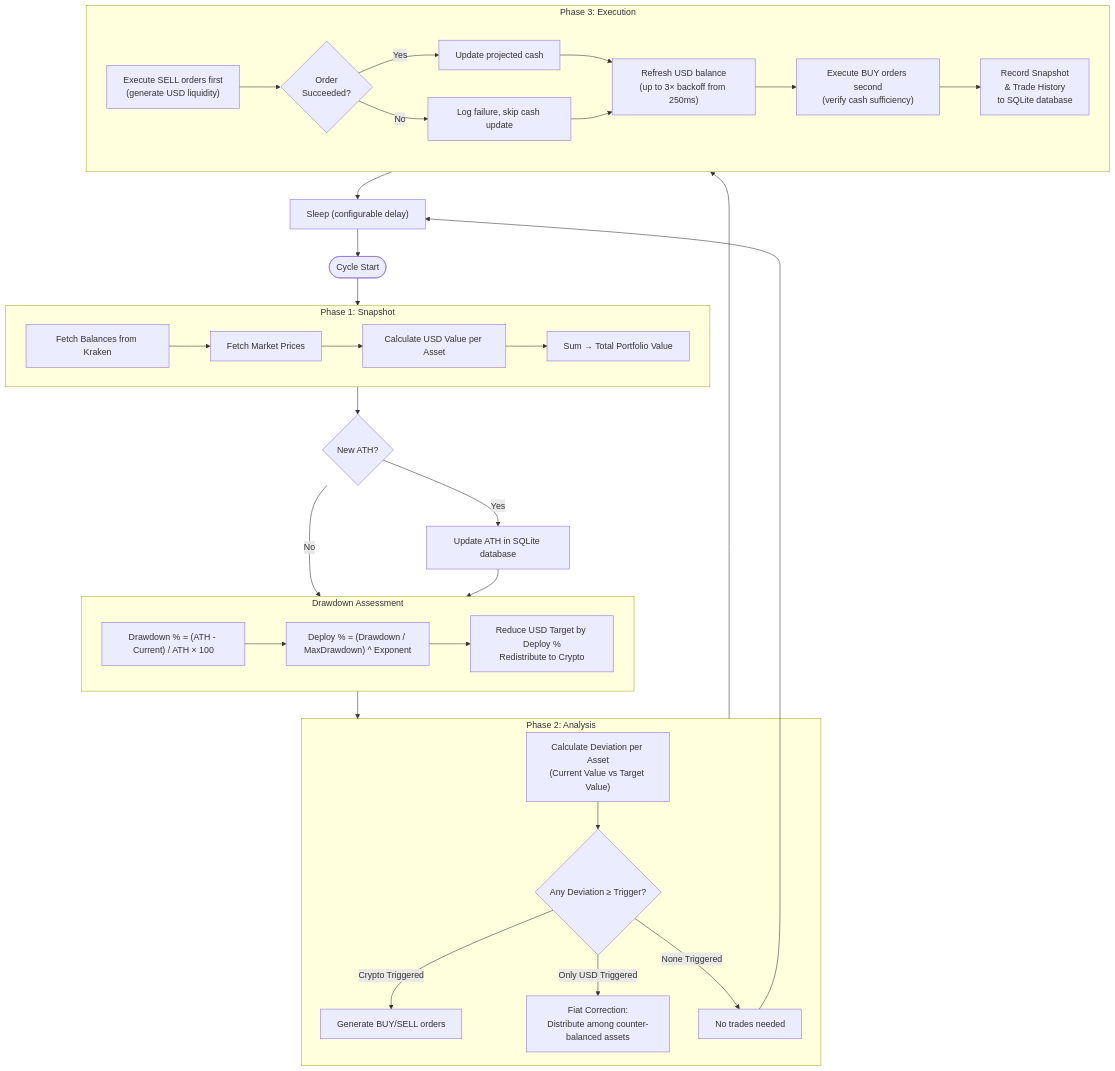
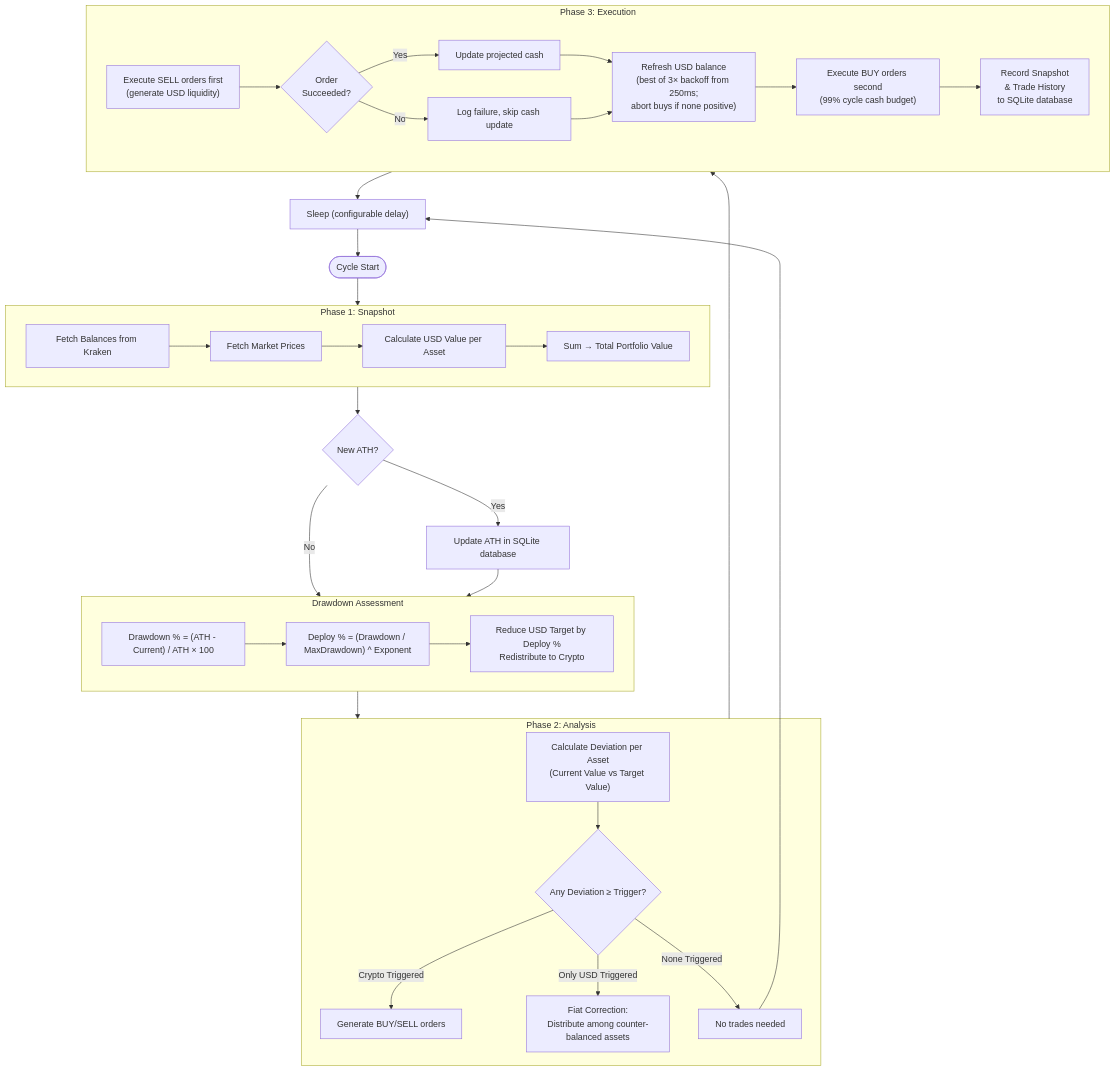
Before and after one commit to HyperVon/new-kraken-rebalancer: the diagram in docs/ALGORITHM.md, drawn with Mermaid. The commit also changed other lines of this file and 8 other files, not shown here.

````diff
--- a/docs/ALGORITHM.md
+++ b/docs/ALGORITHM.md
@@ -9,47 +9,47 @@
 ```mermaid
 flowchart TD
     START([Cycle Start]) --> SNAP
     
     subgraph SNAP["Phase 1: Snapshot"]
         S1[Fetch Balances from Kraken] --> S2[Fetch Market Prices]
         S2 --> S3["Calculate USD Value per Asset"]
         S3 --> S4["Sum → Total Portfolio Value"]
     end
 
     SNAP --> ATH{New ATH?}
     ATH -- Yes --> SAVE_ATH["Update ATH in SQLite database"]
     ATH -- No --> DD
     SAVE_ATH --> DD
 
     subgraph DD["Drawdown Assessment"]
         DD1["Drawdown % = (ATH - Current) / ATH × 100"]
         DD1 --> DD2["Deploy % = (Drawdown / MaxDrawdown) ^ Exponent"]
         DD2 --> DD3["Reduce USD Target by Deploy %\nRedistribute to Crypto"]
     end
 
     DD --> ANALYSIS
 
     subgraph ANALYSIS["Phase 2: Analysis"]
         A1["Calculate Deviation per Asset\n(Current Value vs Target Value)"]
         A1 --> A2{"Any Deviation ≥ Trigger?"}
         A2 -- "Crypto Triggered" --> A3["Generate BUY/SELL orders"]
         A2 -- "Only USD Triggered" --> A4["Fiat Correction:\nDistribute among counter-balanced assets"]
         A2 -- "None Triggered" --> SKIP[No trades needed]
     end
 
     ANALYSIS --> EXEC
 
     subgraph EXEC["Phase 3: Execution"]
         E1["Execute SELL orders first\n(generate USD liquidity)"] --> E1R{"Order\nSucceeded?"}
         E1R -- Yes --> E1C["Update projected cash"]
         E1R -- No --> E1F["Log failure, skip cash update"]
         E1C --> E2
         E1F --> E2
-        E2["Refresh USD balance\n(up to 3× backoff from 250ms)"] --> E3["Execute BUY orders second\n(verify cash sufficiency)"]
+        E2["Refresh USD balance\n(best of 3× backoff from 250ms;\nabort buys if none positive)"] --> E3["Execute BUY orders second\n(99% cycle cash budget)"]
         E3 --> E4["Record Snapshot\n& Trade History\nto SQLite database"]
     end
 
     EXEC --> SLEEP["Sleep (configurable delay)"]
     SKIP --> SLEEP
     SLEEP --> START
 ```
````
